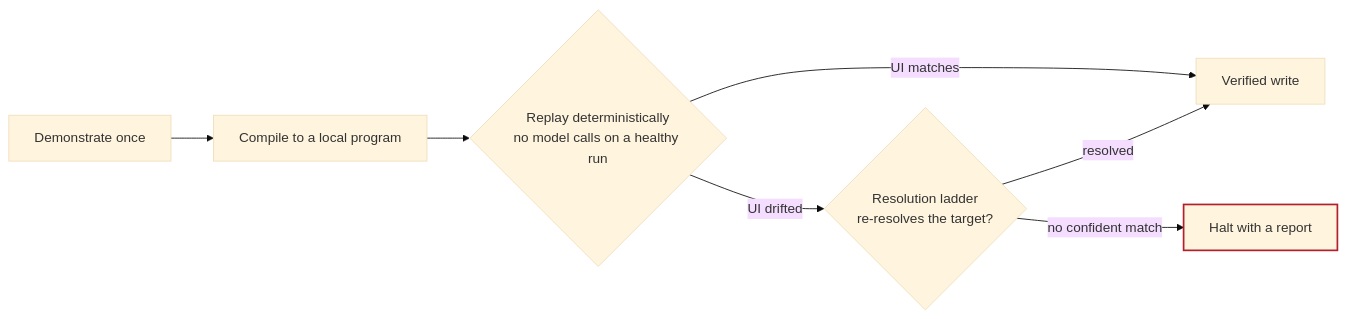
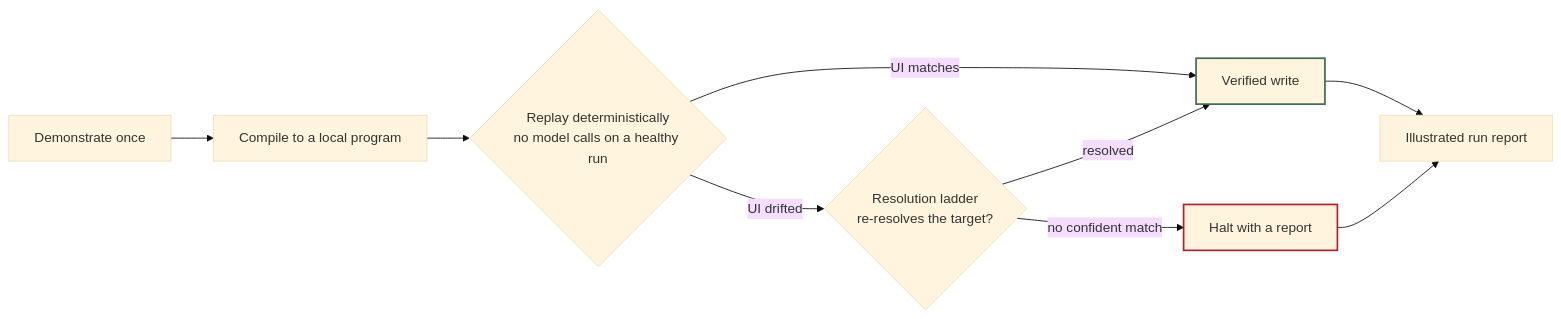
Before and after one commit to OpenAdaptAI/OpenAdapt: the first of 2 diagrams in README.md, drawn with Mermaid (base theme). The commit also changed other lines of this file and 1 other file, not shown here.

````diff
--- a/README.md
+++ b/README.md
@@ -52,11 +58,15 @@
 ```mermaid
 flowchart LR
   D["Demonstrate once"] --> C["Compile to a local program"]
   C --> R{"Replay deterministically<br/>no model calls on a healthy run"}
   R -->|UI matches| V["Verified write"]
   R -->|UI drifted| L{"Resolution ladder<br/>re-resolves the target?"}
   L -->|resolved| V
   L -->|no confident match| H["Halt with a report"]
+  V --> P["Illustrated run report"]
+  H --> P
   classDef halt stroke:#b21f2d,stroke-width:2px;
+  classDef ok stroke:#3e6b4f,stroke-width:2px;
   class H halt;
+  class V ok;
 ```
````
